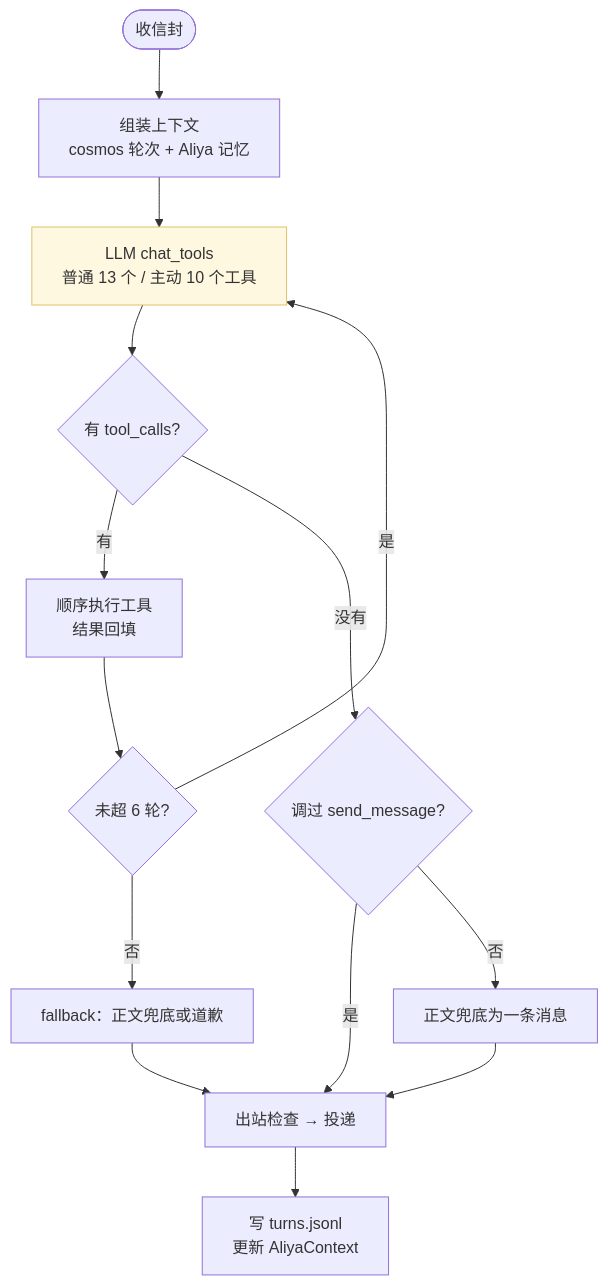
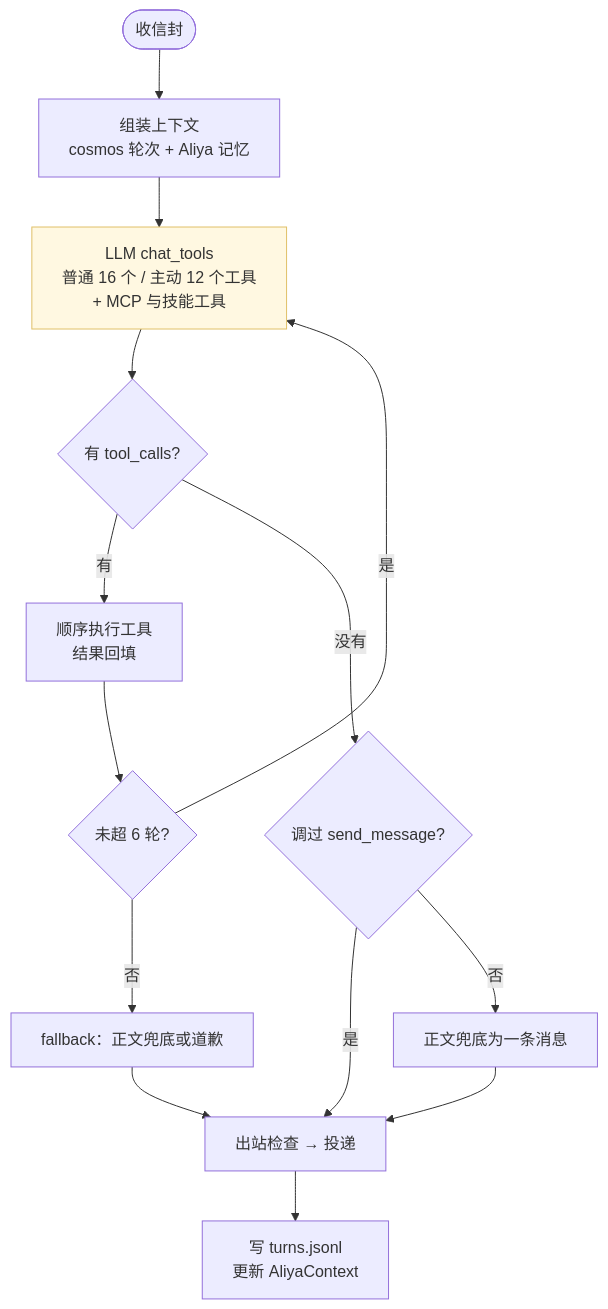
Before and after one commit to muyulov/Aliya-cosmos: the second of 2 diagrams in agent/aliya/README.md, drawn with Mermaid. The commit also changed other lines of this file and 25 other files, not shown here.

````diff
--- a/agent/aliya/README.md
+++ b/agent/aliya/README.md
@@ -180,18 +180,18 @@
 ```mermaid
 flowchart TD
     E(["收信封"]) --> M["组装上下文<br/>cosmos 轮次 + Aliya 记忆"]
-    M --> L["LLM chat_tools<br/>普通 13 个 / 主动 10 个工具"]
+    M --> L["LLM chat_tools<br/>普通 16 个 / 主动 12 个工具<br/>+ MCP 与技能工具"]
     L --> T{"有 tool_calls?"}
     T -->|"有"| X["顺序执行工具<br/>结果回填"]
     X --> R{"未超 6 轮?"}
     R -->|"是"| L
     R -->|"否"| F["fallback：正文兜底或道歉"]
     T -->|"没有"| S{"调过 send_message?"}
     S -->|"是"| P["出站检查 → 投递"]
     S -->|"否"| B["正文兜底为一条消息"]
     F --> P
     B --> P
     P --> MEM["写 turns.jsonl<br/>更新 AliyaContext"]
 
     style L fill:#fff8e1,stroke:#e0c068
 ```
````
